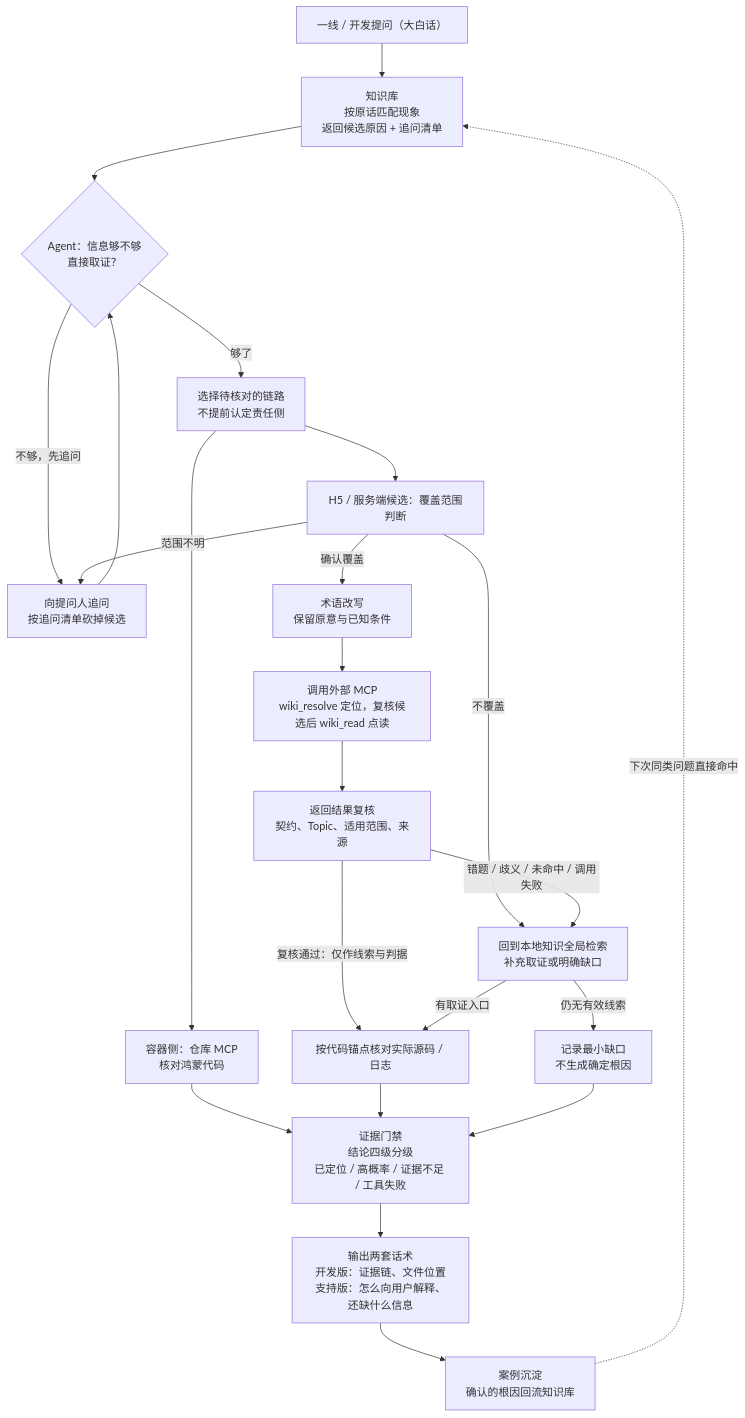
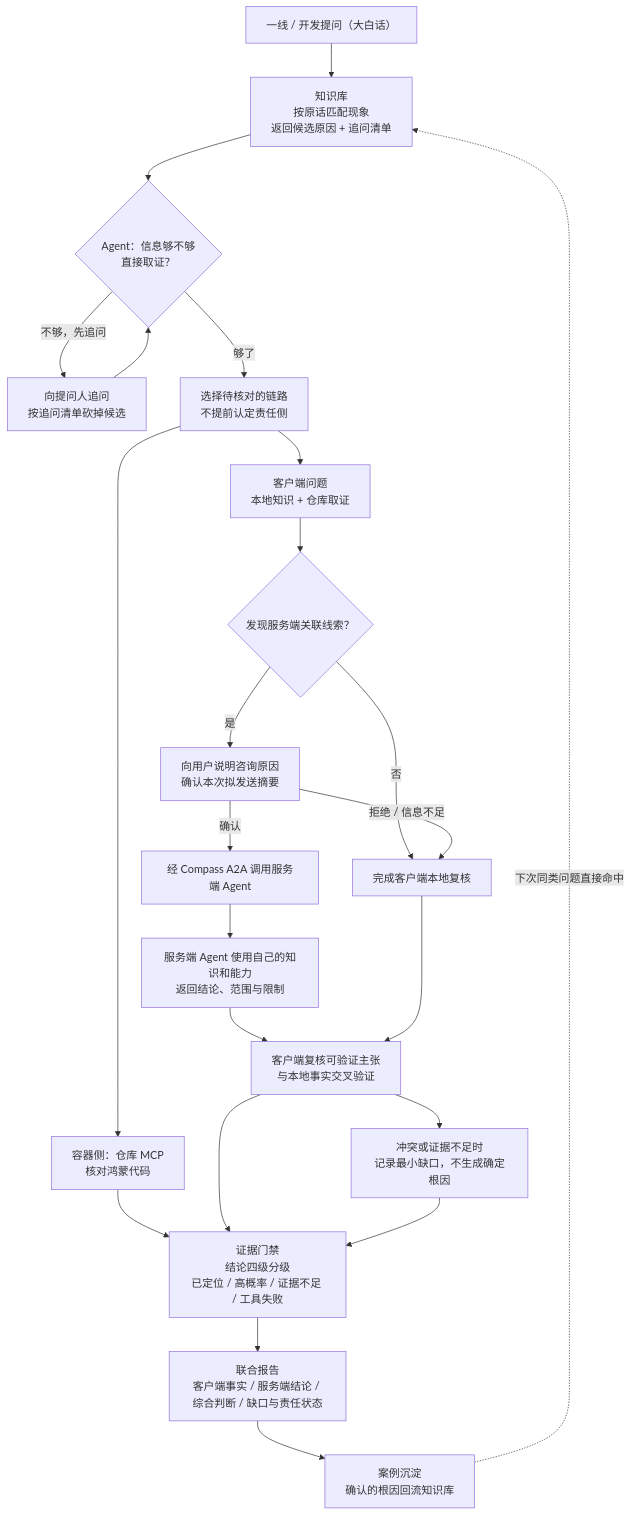
One commit to HarmonyosSong/test-mcp changed the diagram in docs/LEADERSHIP_SHARE.md. Above: the diagram before and after it, drawn with Mermaid. The commit also changed other lines of this file and 52 other files, not shown here.

````diff
--- a/docs/LEADERSHIP_SHARE.md
+++ b/docs/LEADERSHIP_SHARE.md
@@ -53,25 +53,25 @@
 ```mermaid
 flowchart TD
     A["一线 / 开发提问（大白话）"] --> B["知识库<br/>按原话匹配现象<br/>返回候选原因 + 追问清单"]
     B --> C{"Agent：信息够不够<br/>直接取证？"}
     C -- "不够，先追问" --> D["向提问人追问<br/>按追问清单砍掉候选"]
     D --> C
     C -- "够了" --> P["选择待核对的链路<br/>不提前认定责任侧"]
     P --> E1["容器侧：仓库 MCP<br/>核对鸿蒙代码"]
-    P --> E2["H5 / 服务端候选：覆盖范围判断"]
-    E2 -- "范围不明" --> D
-    E2 -- "确认覆盖" --> E3["术语改写<br/>保留原意与已知条件"]
-    E3 --> E4["调用外部 MCP<br/>wiki_resolve 定位，复核候选后 wiki_read 点读"]
-    E4 --> E5["返回结果复核<br/>契约、Topic、适用范围、来源"]
-    E5 -- "复核通过：仅作线索与判据" --> V["按代码锚点核对实际源码 / 日志"]
-    E2 -- "不覆盖" --> L["回到本地知识全局检索<br/>补充取证或明确缺口"]
-    E5 -- "错题 / 歧义 / 未命中 / 调用失败" --> L
-    L -- "有取证入口" --> V
-    L -- "仍无有效线索" --> M["记录最小缺口<br/>不生成确定根因"]
+    P --> E2["客户端问题<br/>本地知识 + 仓库取证"]
+    E2 --> Q{"发现服务端关联线索？"}
+    Q -- "否" --> V["完成客户端本地复核"]
+    Q -- "是" --> AUTH["向用户说明咨询原因<br/>确认本次拟发送摘要"]
+    AUTH -- "拒绝 / 信息不足" --> V
+    AUTH -- "确认" --> E3["经 Compass A2A 调用服务端 Agent"]
+    E3 --> E4["服务端 Agent 使用自己的知识和能力<br/>返回结论、范围与限制"]
+    E4 --> X["客户端复核可验证主张<br/>与本地事实交叉验证"]
+    V --> X
+    X --> M["冲突或证据不足时<br/>记录最小缺口，不生成确定根因"]
     E1 --> F["证据门禁<br/>结论四级分级<br/>已定位 / 高概率 / 证据不足 / 工具失败"]
-    V --> F
+    X --> F
     M --> F
-    F --> G["输出两套话术<br/>开发版：证据链、文件位置<br/>支持版：怎么向用户解释、还缺什么信息"]
+    F --> G["联合报告<br/>客户端事实 / 服务端结论 / 综合判断 / 缺口与责任状态"]
     G --> H["案例沉淀<br/>确认的根因回流知识库"]
     H -.->|"下次同类问题直接命中"| B
 ```
````
